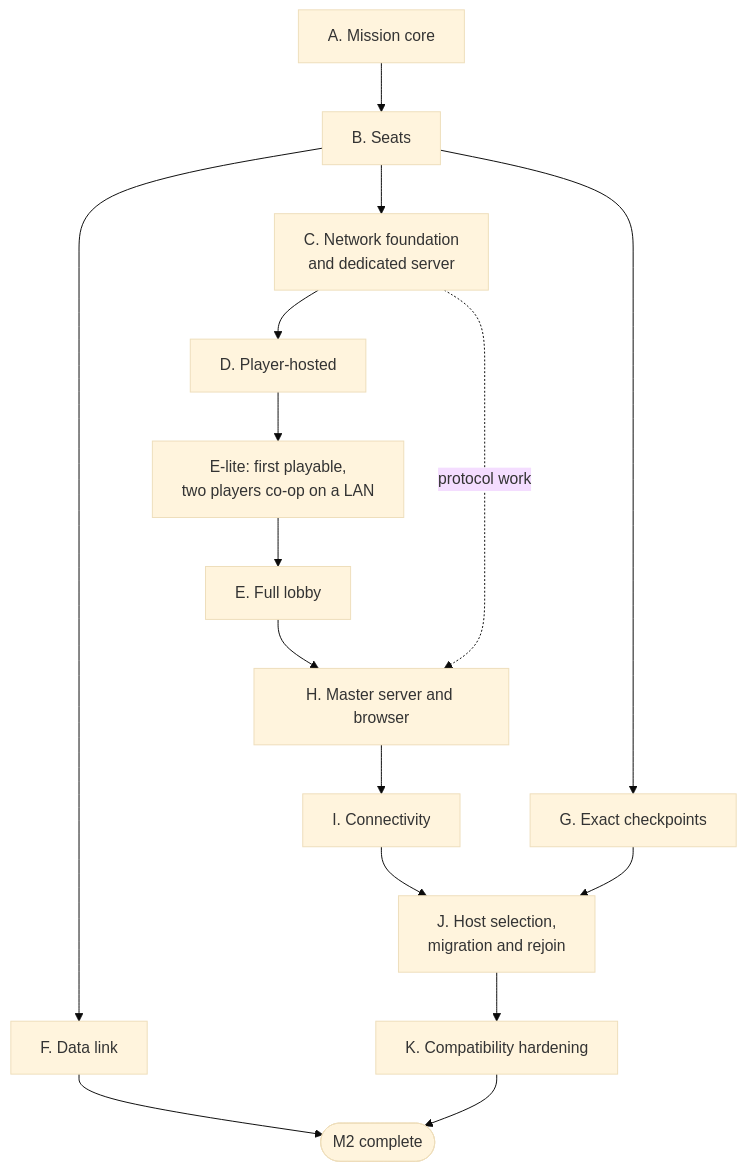
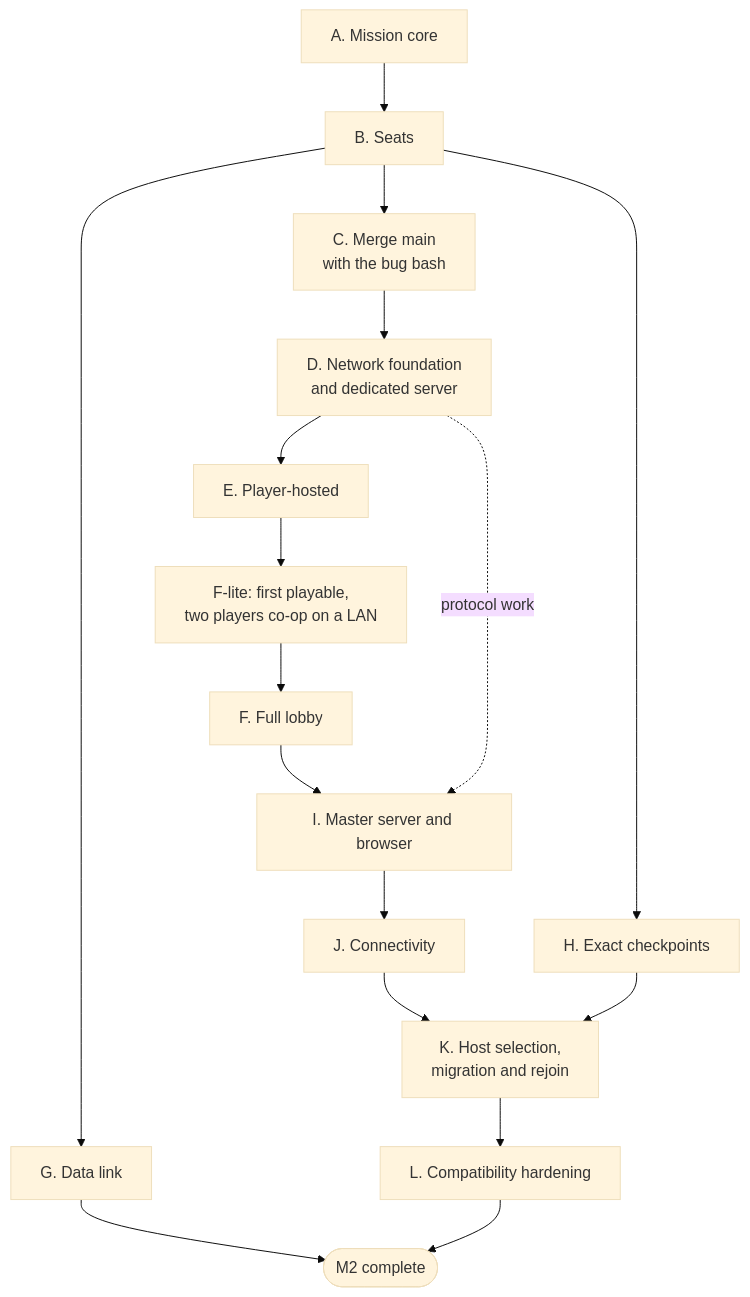
The third of 3 diagrams in docs/multiplayer-plan.md (john-overton/T.O.R.E-Fighters), drawn with Mermaid (base theme) before and after one commit. The commit also changed other lines of this file and 5 other files, not shown here.

````diff
--- a/docs/multiplayer-plan.md
+++ b/docs/multiplayer-plan.md
@@ -401,18 +402,19 @@
 ```mermaid
 flowchart TD
   A["A. Mission core"] --> B["B. Seats"]
-  B --> C["C. Network foundation<br/>and dedicated server"]
-  C --> D["D. Player-hosted"]
-  D --> EL["E-lite: first playable,<br/>two players co-op on a LAN"]
-  EL --> E["E. Full lobby"]
-  E --> H["H. Master server and browser"]
-  C -.->|"protocol work"| H
-  H --> I["I. Connectivity"]
-  I --> J["J. Host selection,<br/>migration and rejoin"]
-  B --> G["G. Exact checkpoints"]
-  G --> J
-  B --> F["F. Data link"]
-  J --> K["K. Compatibility hardening"]
-  F --> done(["M2 complete"])
-  K --> done
+  B --> C["C. Merge main<br/>with the bug bash"]
+  C --> D["D. Network foundation<br/>and dedicated server"]
+  D --> E["E. Player-hosted"]
+  E --> FL["F-lite: first playable,<br/>two players co-op on a LAN"]
+  FL --> F["F. Full lobby"]
+  F --> I["I. Master server and browser"]
+  D -.->|"protocol work"| I
+  I --> J["J. Connectivity"]
+  J --> K["K. Host selection,<br/>migration and rejoin"]
+  B --> H["H. Exact checkpoints"]
+  H --> K
+  B --> G["G. Data link"]
+  K --> L["L. Compatibility hardening"]
+  G --> done(["M2 complete"])
+  L --> done
 ```
````
